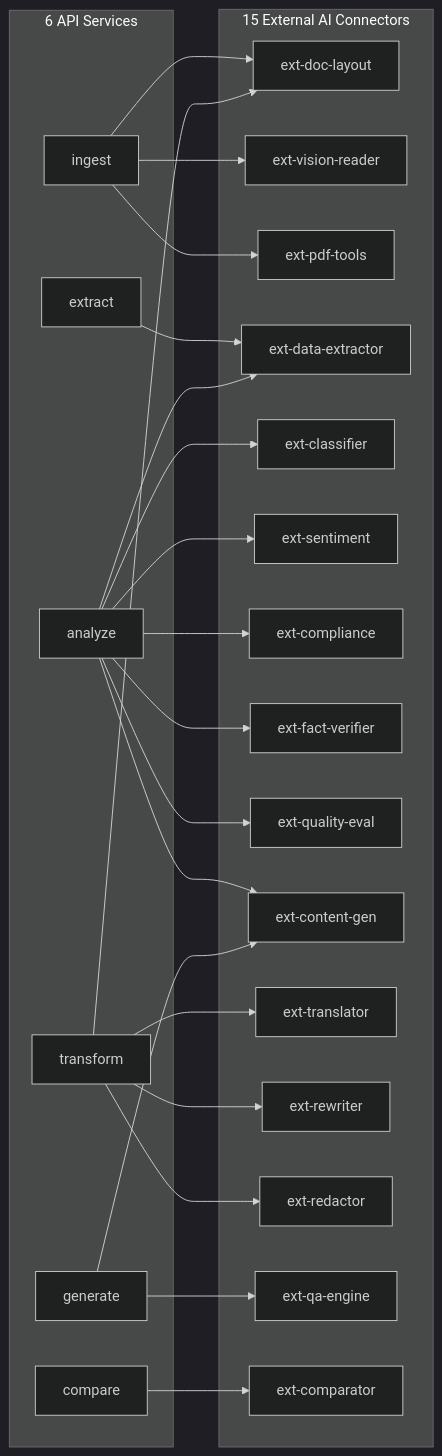
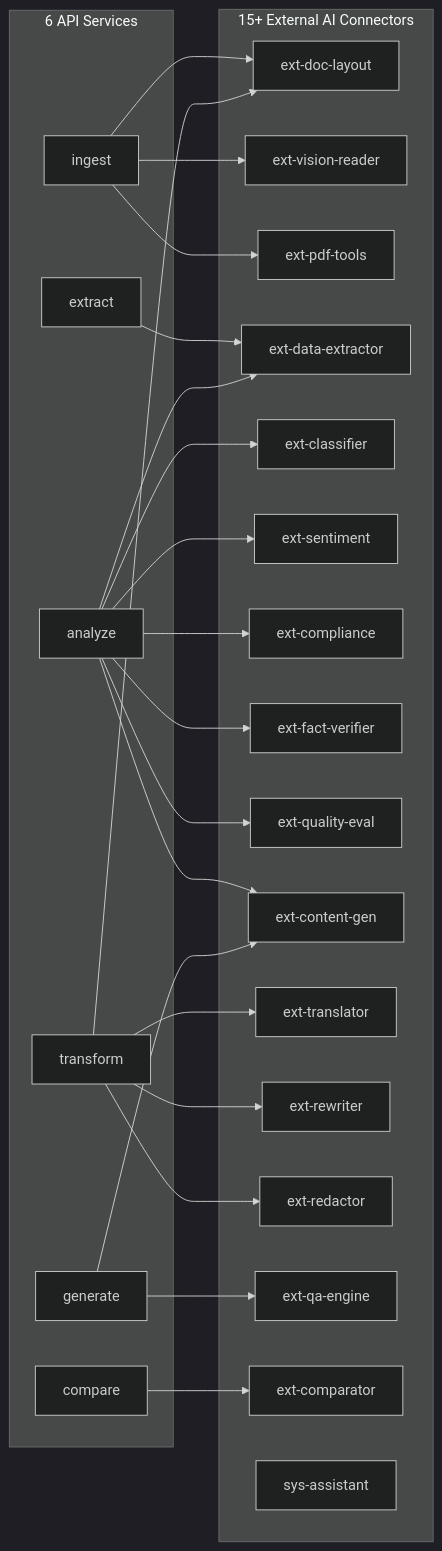
One commit to OrgGem/dugate changed the fifth of 12 diagrams in docs/SOLUTION_ARCHITECTURE.md. Above: the diagram before and after it, drawn with Mermaid (dark theme). The commit also changed other lines of this file, not shown here.

Commit message:
docs(architecture): upgrade solution architecture to v2.0

````diff
--- a/docs/SOLUTION_ARCHITECTURE.md
+++ b/docs/SOLUTION_ARCHITECTURE.md
@@ -238,48 +236,49 @@
 ```mermaid
 graph LR
     subgraph "6 API Services"
         ING[ingest]
         EXT[extract]
         ANA[analyze]
         TRA[transform]
         GEN[generate]
         CMP[compare]
     end
 
-    subgraph "15 External AI Connectors"
+    subgraph "15+ External AI Connectors"
         C1[ext-doc-layout]
         C2[ext-vision-reader]
         C3[ext-pdf-tools]
         C4[ext-data-extractor]
         C5[ext-classifier]
         C6[ext-sentiment]
         C7[ext-compliance]
         C8[ext-fact-verifier]
         C9[ext-quality-eval]
         C10[ext-content-gen]
         C11[ext-translator]
         C12[ext-rewriter]
         C13[ext-redactor]
         C14[ext-qa-engine]
         C15[ext-comparator]
+        CSYS[sys-assistant]
     end
 
     ING --> C1
     ING --> C2
     ING --> C3
     EXT --> C4
     ANA --> C5
     ANA --> C6
     ANA --> C7
     ANA --> C4
     ANA --> C8
     ANA --> C9
     ANA --> C10
     TRA --> C1
     TRA --> C11
     TRA --> C12
     TRA --> C13
     GEN --> C10
     GEN --> C14
     CMP --> C15
 ```
````
